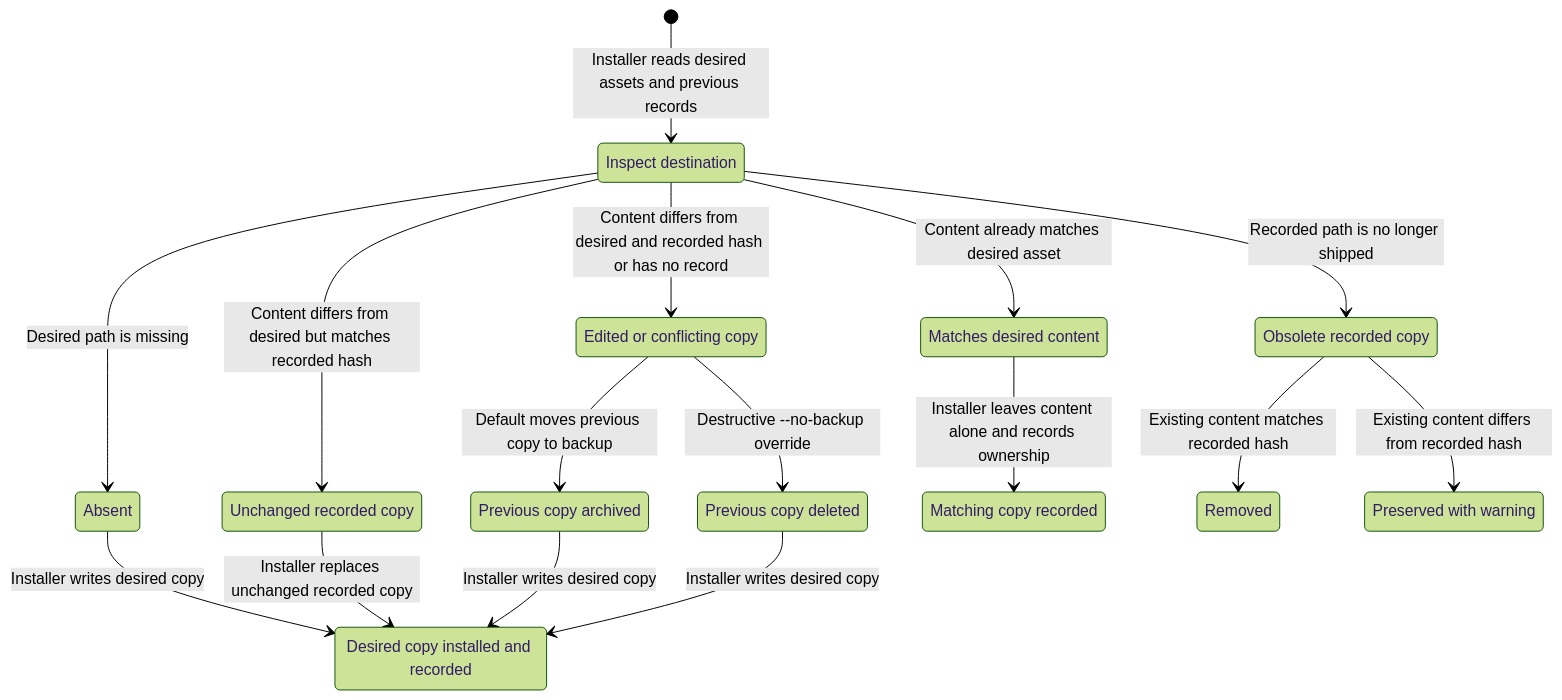
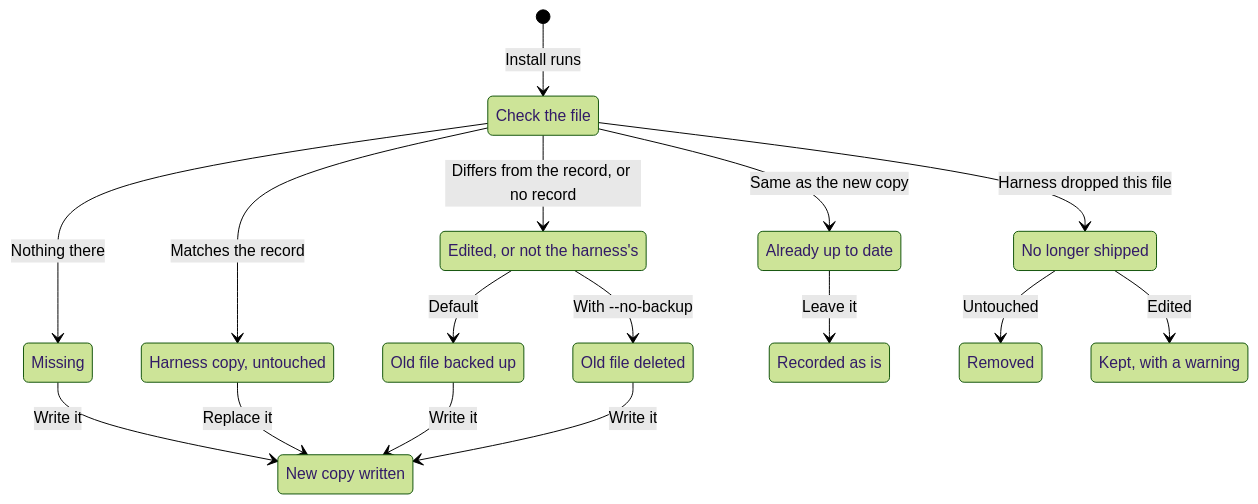
One commit to jvillegasd/harness changed the first of 2 diagrams in docs/installation.md. Above: the diagram before and after it, drawn with Mermaid (forest theme). The commit also changed other lines of this file and 3 other files, not shown here.

First line of the commit message:
docs: shorten the Mermaid diagram labels (#182)

````diff
--- a/docs/installation.md
+++ b/docs/installation.md
@@ -38,31 +38,31 @@
 ```mermaid
 stateDiagram-v2
-    state "Inspect destination" as Inspect
-    state "Absent" as Absent
-    state "Matches desired content" as Matches
-    state "Unchanged recorded copy" as Managed
-    state "Edited or conflicting copy" as Conflict
-    state "Previous copy archived" as Archived
-    state "Previous copy deleted" as Deleted
-    state "Desired copy installed and recorded" as Installed
-    state "Matching copy recorded" as Recorded
-    state "Obsolete recorded copy" as Obsolete
+    state "Check the file" as Inspect
+    state "Missing" as Absent
+    state "Already up to date" as Matches
+    state "Harness copy, untouched" as Managed
+    state "Edited, or not the harness's" as Conflict
+    state "Old file backed up" as Archived
+    state "Old file deleted" as Deleted
+    state "New copy written" as Installed
+    state "Recorded as is" as Recorded
+    state "No longer shipped" as Obsolete
     state "Removed" as Removed
-    state "Preserved with warning" as Preserved
+    state "Kept, with a warning" as Preserved
 
-    [*] --> Inspect: Installer reads desired assets and previous records
-    Inspect --> Absent: Desired path is missing
-    Inspect --> Matches: Content already matches desired asset
-    Inspect --> Managed: Content differs from desired but matches recorded hash
-    Inspect --> Conflict: Content differs from desired and recorded hash or has no record
-    Absent --> Installed: Installer writes desired copy
-    Matches --> Recorded: Installer leaves content alone and records ownership
-    Managed --> Installed: Installer replaces unchanged recorded copy
-    Conflict --> Archived: Default moves previous copy to backup
-    Conflict --> Deleted: Destructive --no-backup override
-    Archived --> Installed: Installer writes desired copy
-    Deleted --> Installed: Installer writes desired copy
-    Inspect --> Obsolete: Recorded path is no longer shipped
-    Obsolete --> Removed: Existing content matches recorded hash
-    Obsolete --> Preserved: Existing content differs from recorded hash
+    [*] --> Inspect: Install runs
+    Inspect --> Absent: Nothing there
+    Inspect --> Matches: Same as the new copy
+    Inspect --> Managed: Matches the record
+    Inspect --> Conflict: Differs from the record, or no record
+    Absent --> Installed: Write it
+    Matches --> Recorded: Leave it
+    Managed --> Installed: Replace it
+    Conflict --> Archived: Default
+    Conflict --> Deleted: With --no-backup
+    Archived --> Installed: Write it
+    Deleted --> Installed: Write it
+    Inspect --> Obsolete: Harness dropped this file
+    Obsolete --> Removed: Untouched
+    Obsolete --> Preserved: Edited
 ```
````
